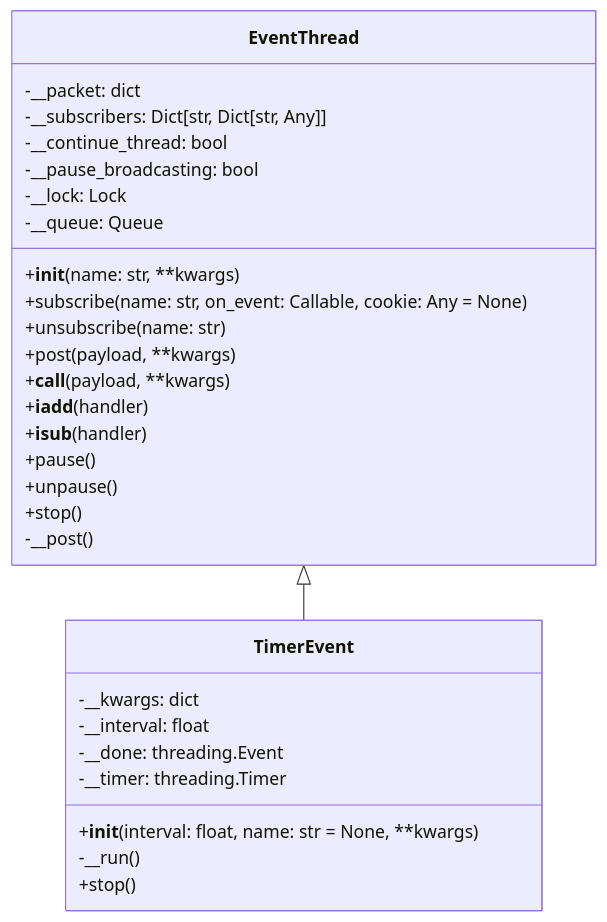
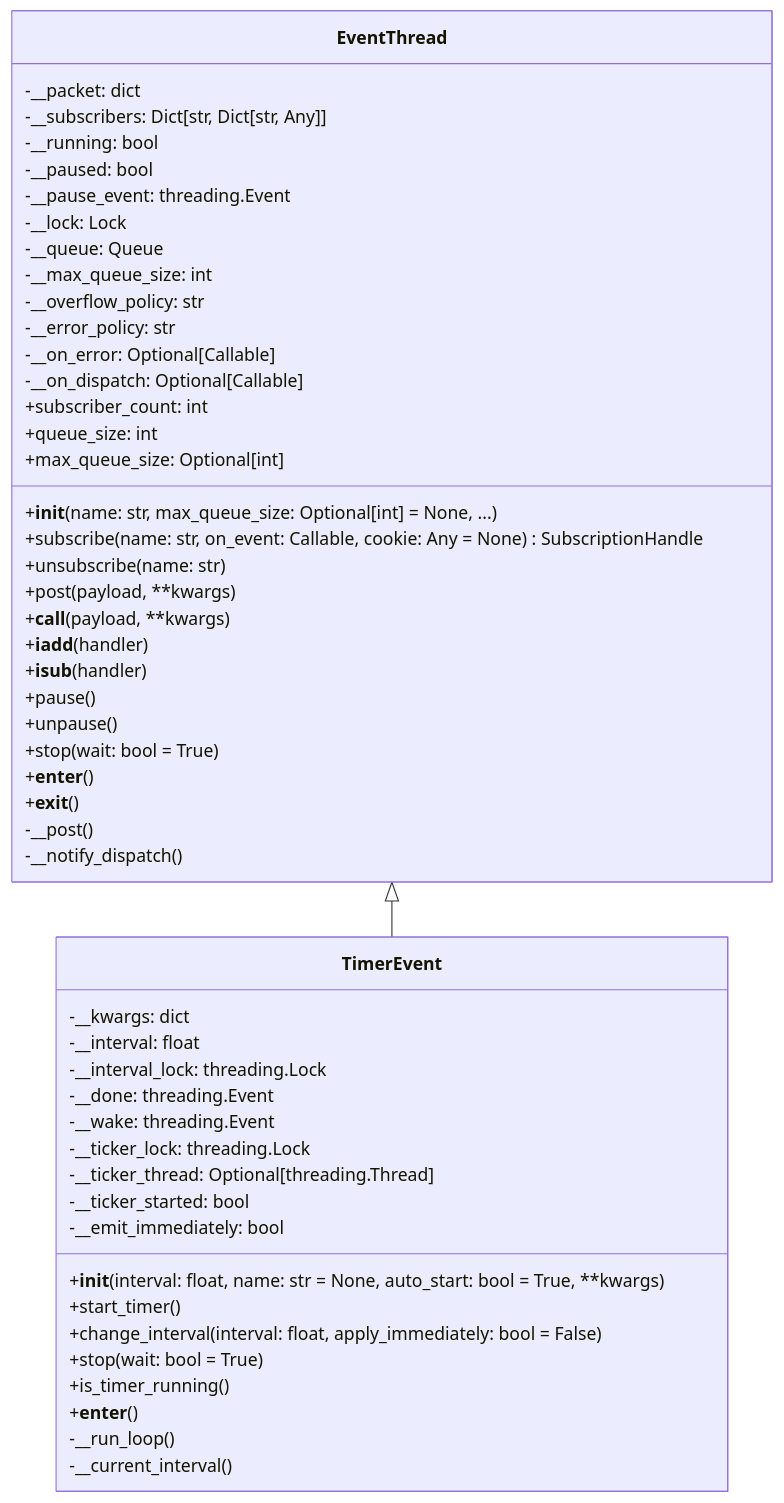
One commit to sandboxzilla/timer_event changed the second of 5 diagrams in docs/low_level_design.md. Above: the diagram before and after it, drawn with Mermaid. The commit also changed other lines of this file and 17 other files, not shown here.

````diff
--- a/docs/low_level_design.md
+++ b/docs/low_level_design.md
@@ -22,33 +22,55 @@
 ```mermaid
 classDiagram
     direction TB
     class EventThread {
         -__packet: dict
         -__subscribers: Dict[str, Dict[str, Any]]
-        -__continue_thread: bool
-        -__pause_broadcasting: bool
+        -__running: bool
+        -__paused: bool
+        -__pause_event: threading.Event
         -__lock: Lock
         -__queue: Queue
-        +__init__(name: str, **kwargs)
-        +subscribe(name: str, on_event: Callable, cookie: Any = None)
+        -__max_queue_size: int
+        -__overflow_policy: str
+        -__error_policy: str
+        -__on_error: Optional[Callable]
+        -__on_dispatch: Optional[Callable]
+        +__init__(name: str, max_queue_size: Optional[int] = None, ...)
+        +subscribe(name: str, on_event: Callable, cookie: Any = None) SubscriptionHandle
         +unsubscribe(name: str)
         +post(payload, **kwargs)
         +__call__(payload, **kwargs)
         +__iadd__(handler)
         +__isub__(handler)
         +pause()
         +unpause()
-        +stop()
+        +stop(wait: bool = True)
+        +subscriber_count: int
+        +queue_size: int
+        +max_queue_size: Optional[int]
+        +__enter__()
+        +__exit__()
         -__post()
+        -__notify_dispatch()
     }
     class TimerEvent {
         -__kwargs: dict
         -__interval: float
+        -__interval_lock: threading.Lock
         -__done: threading.Event
-        -__timer: threading.Timer
-        +__init__(interval: float, name: str = None, **kwargs)
-        -__run()
-        +stop()
+        -__wake: threading.Event
+        -__ticker_lock: threading.Lock
+        -__ticker_thread: Optional[threading.Thread]
+        -__ticker_started: bool
+        -__emit_immediately: bool
+        +__init__(interval: float, name: str = None, auto_start: bool = True, **kwargs)
+        +start_timer()
+        +change_interval(interval: float, apply_immediately: bool = False)
+        +stop(wait: bool = True)
+        +is_timer_running()
+        +__enter__()
+        -__run_loop()
+        -__current_interval()
     }
     EventThread <|-- TimerEvent
 ```
````
